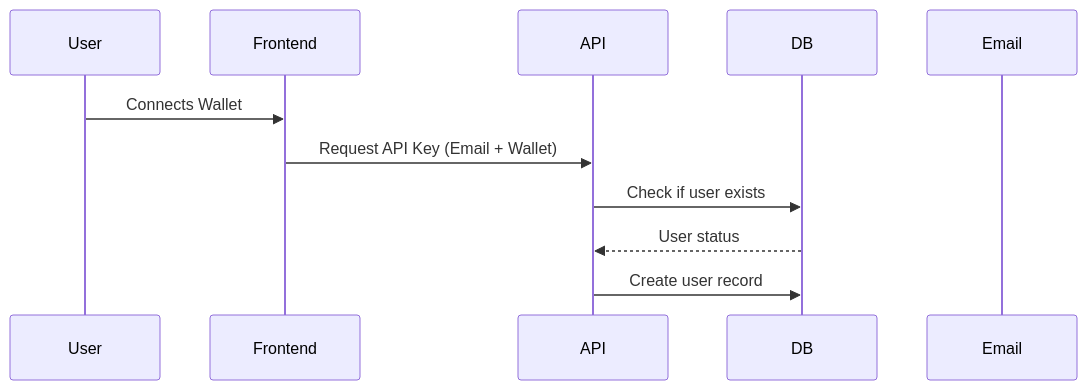
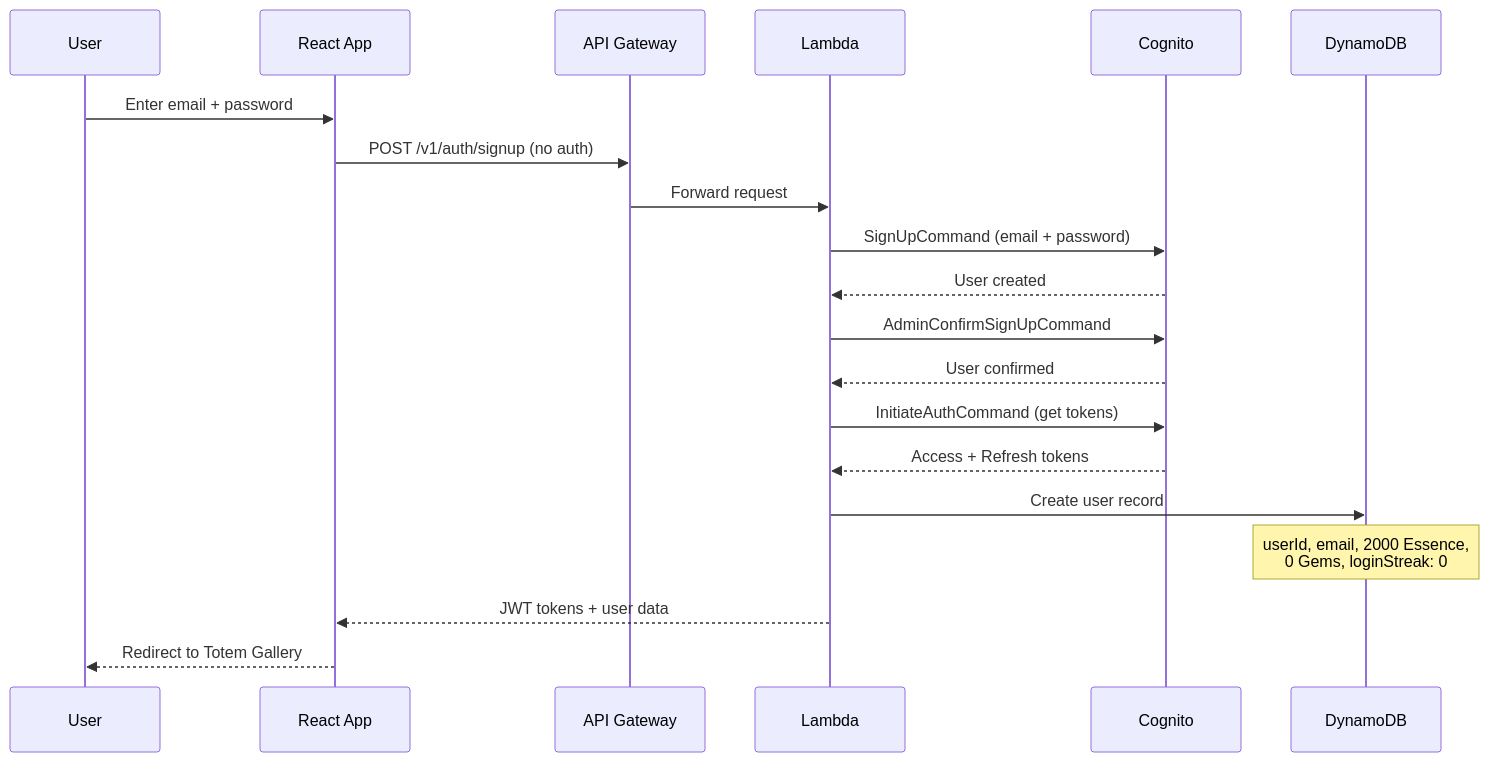
The diagram in docs/user-registration-flow.mermaid (totembound/totem-app), drawn with Mermaid before and after one commit. The commit also changed 213 other files, not shown here.

```diff
--- a/docs/user-registration-flow.mermaid
+++ b/docs/user-registration-flow.mermaid
@@ -1,12 +1,21 @@
 sequenceDiagram
     participant User
-    participant Frontend
-    participant API
-    participant DB
-    participant Email
+    participant App as React App
+    participant API as API Gateway
+    participant Lambda
+    participant Cognito
+    participant DB as DynamoDB
 
-    User->>Frontend: Connects Wallet
-    Frontend->>API: Request API Key (Email + Wallet)
-    API->>DB: Check if user exists
-    DB-->>API: User status
-    API->>DB: Create user record
+    User->>App: Enter email + password
+    App->>API: POST /v1/auth/signup (no auth)
+    API->>Lambda: Forward request
+    Lambda->>Cognito: SignUpCommand (email + password)
+    Cognito-->>Lambda: User created
+    Lambda->>Cognito: AdminConfirmSignUpCommand
+    Cognito-->>Lambda: User confirmed
+    Lambda->>Cognito: InitiateAuthCommand (get tokens)
+    Cognito-->>Lambda: Access + Refresh tokens
+    Lambda->>DB: Create user record
+    Note over DB: userId, email, 2000 Essence,<br/>0 Gems, loginStreak: 0
+    Lambda-->>App: JWT tokens + user data
+    App-->>User: Redirect to Totem Gallery
```
